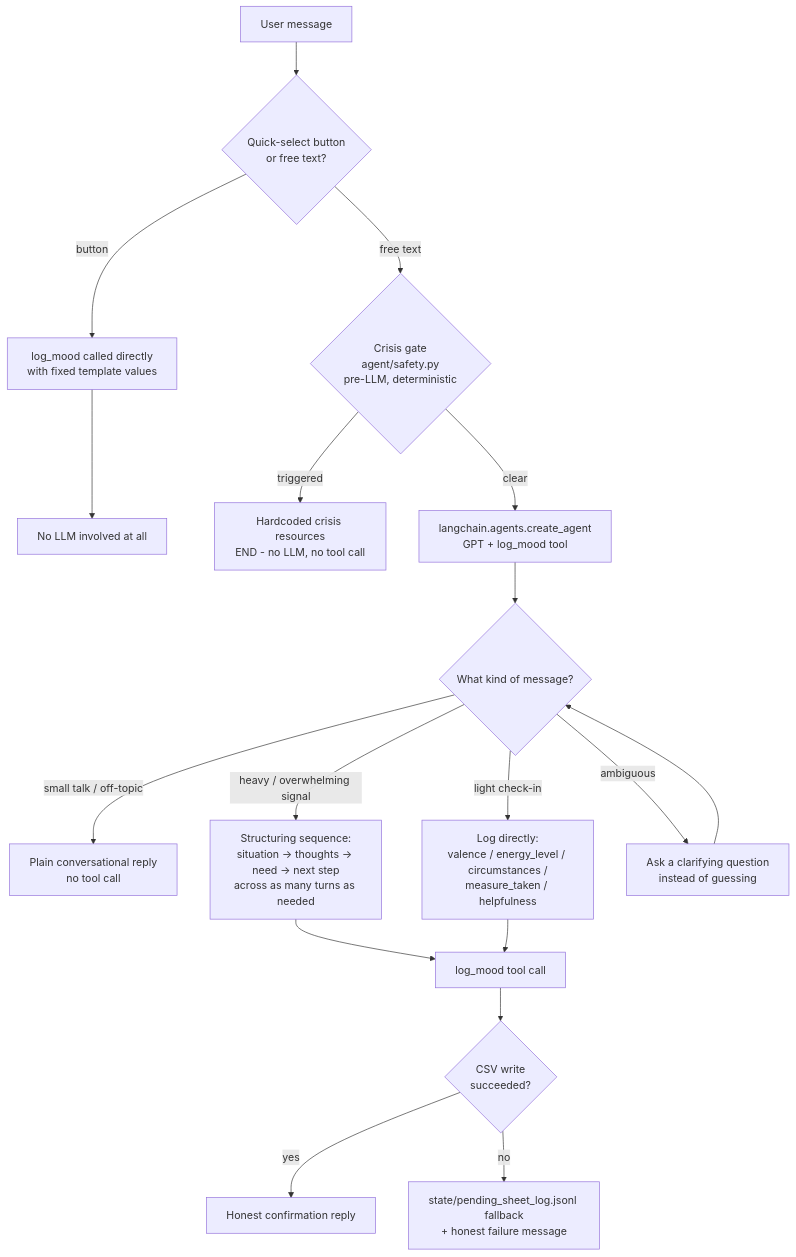
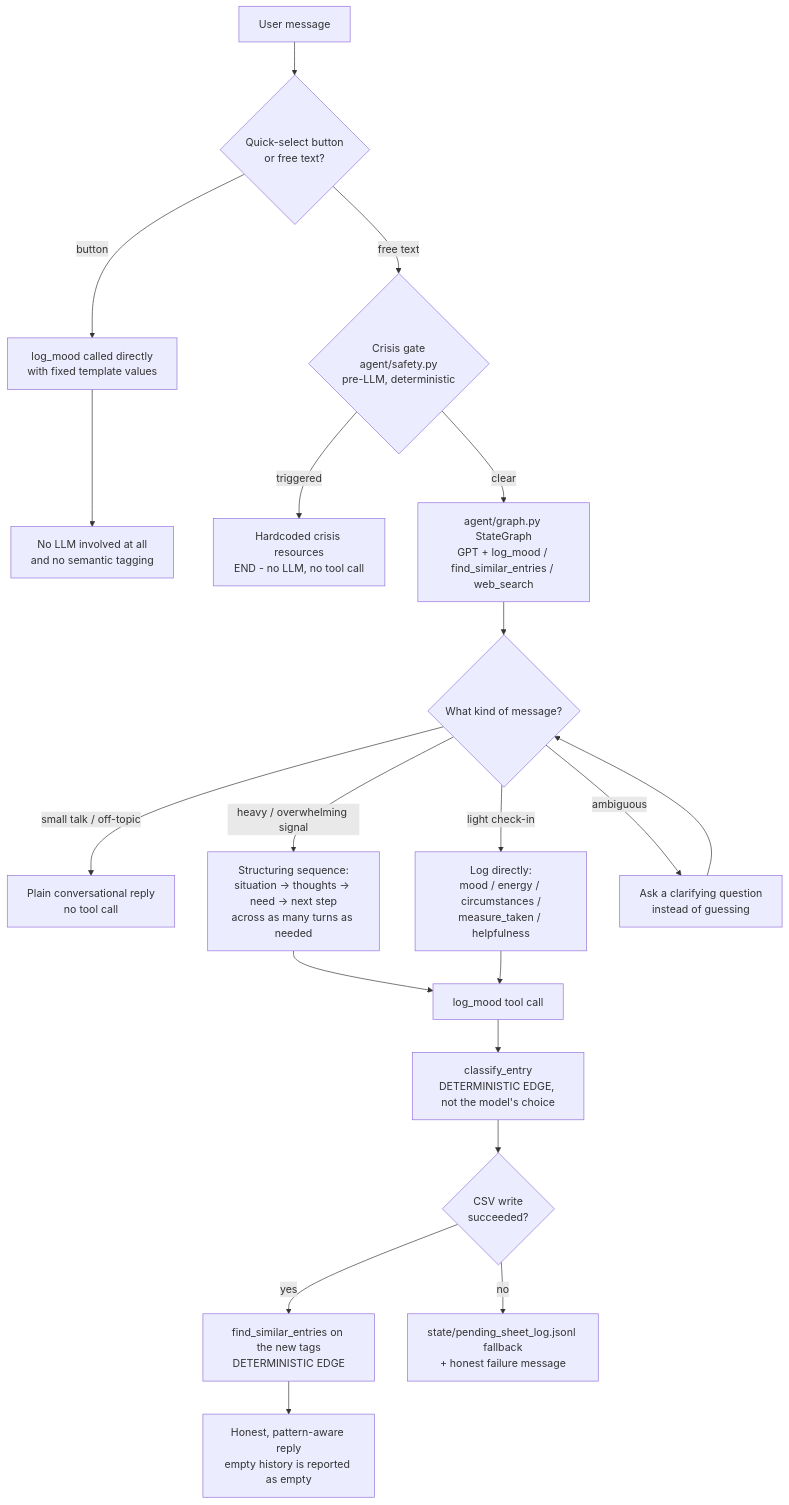
Before and after one commit to tscherli/calmops-agent: the first of 3 diagrams in README.md, drawn with Mermaid. The commit also changed other lines of this file and 9 other files, not shown here.

````diff
--- a/README.md
+++ b/README.md
@@ -21,24 +37,26 @@
 ```mermaid
 flowchart TD
     A[User message] --> B{Quick-select button<br/>or free text?}
     B -- button --> C[log_mood called directly<br/>with fixed template values]
-    C --> Z1[No LLM involved at all]
+    C --> Z1[No LLM involved at all<br/>and no semantic tagging]
 
     B -- free text --> D{Crisis gate<br/>agent/safety.py<br/>pre-LLM, deterministic}
     D -- triggered --> E[Hardcoded crisis resources<br/>END - no LLM, no tool call]
-    D -- clear --> F[langchain.agents.create_agent<br/>GPT + log_mood tool]
+    D -- clear --> F[agent/graph.py StateGraph<br/>GPT + log_mood / find_similar_entries / web_search]
 
     F --> G{What kind of message?}
     G -- small talk / off-topic --> H[Plain conversational reply<br/>no tool call]
     G -- heavy / overwhelming signal --> I[Structuring sequence:<br/>situation -> thoughts -> need -> next step<br/>across as many turns as needed]
-    G -- light check-in --> J[Log directly:<br/>valence / energy_level / circumstances /<br/>measure_taken / helpfulness]
+    G -- light check-in --> J[Log directly:<br/>mood / energy / circumstances /<br/>measure_taken / helpfulness]
     G -- ambiguous --> K[Ask a clarifying question<br/>instead of guessing]
 
     I --> L[log_mood tool call]
     J --> L
     K --> G
 
-    L --> M{CSV write<br/>succeeded?}
-    M -- yes --> N[Honest confirmation reply]
+    L --> P[classify_entry<br/>DETERMINISTIC EDGE, not the model's choice]
+    P --> M{CSV write<br/>succeeded?}
+    M -- yes --> Q[find_similar_entries on the new tags<br/>DETERMINISTIC EDGE]
     M -- no --> O[state/pending_sheet_log.jsonl fallback<br/>+ honest failure message]
+    Q --> N[Honest, pattern-aware reply<br/>empty history is reported as empty]
 ```
````
